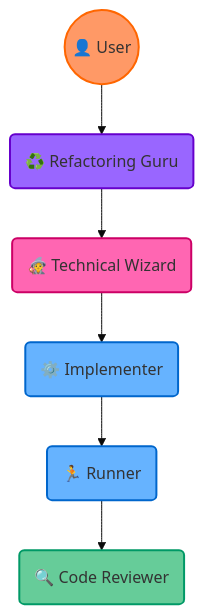
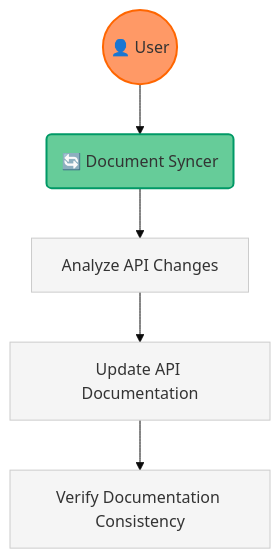
One commit to nsnarender5511/cpp-site changed the third of 4 diagrams in crules-website/docs/examples/agent-workflows.md. Above: the diagram before and after it, drawn with Mermaid (base theme). The commit also changed other lines of this file and 42 other files, not shown here.

````diff
--- a/crules-website/docs/examples/agent-workflows.md
+++ b/crules-website/docs/examples/agent-workflows.md
@@ -130,15 +92,13 @@
 ```mermaid
 flowchart TD
-    User((👤 User)) --> RefactorGuru(♻️ Refactoring Guru)
-    RefactorGuru --> Wizard(🧙 Technical Wizard)
-    Wizard --> Implementer(⚙️ Implementer)
-    Implementer --> Runner(🏃 Runner)
-    Runner --> Reviewer(🔍 Code Reviewer)
+    User((👤 User)) --> DocSyncer(🔄 Document Syncer)
+    DocSyncer --> Analysis[Analyze API Changes]
+    Analysis --> UpdateDocs[Update API Documentation]
+    UpdateDocs --> VerifyConsistency[Verify Documentation Consistency]
     
     style User fill:#ff9966,stroke:#ff6600,stroke-width:2px
-    style RefactorGuru fill:#9966ff,stroke:#6600cc,stroke-width:2px
-    style Wizard fill:#ff66b2,stroke:#cc0066,stroke-width:2px
-    style Implementer fill:#66b3ff,stroke:#0066cc,stroke-width:2px
-    style Runner fill:#66b3ff,stroke:#0066cc,stroke-width:2px
-    style Reviewer fill:#66cc99,stroke:#009966,stroke-width:2px
+    style DocSyncer fill:#66cc99,stroke:#009966,stroke-width:2px
+    style Analysis fill:#f5f5f5,stroke:#cccccc,stroke-width:1px
+    style UpdateDocs fill:#f5f5f5,stroke:#cccccc,stroke-width:1px
+    style VerifyConsistency fill:#f5f5f5,stroke:#cccccc,stroke-width:1px
 ```
````
